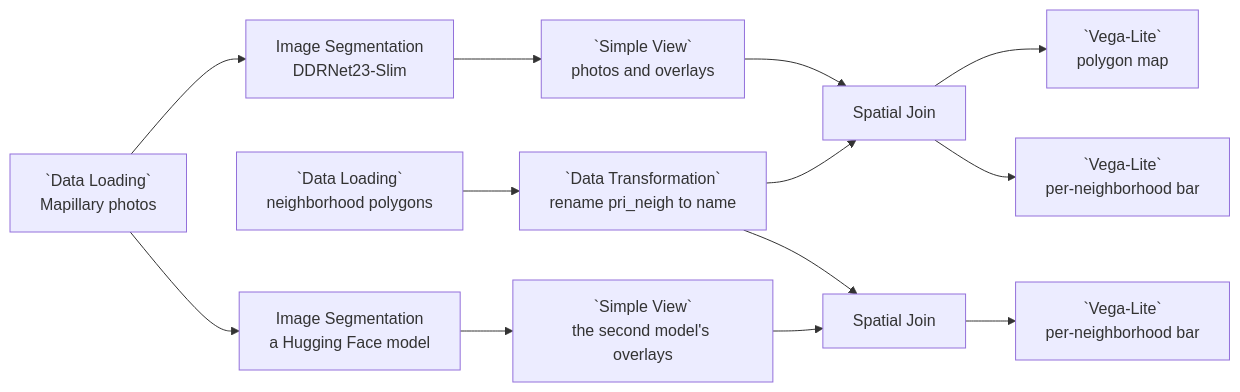
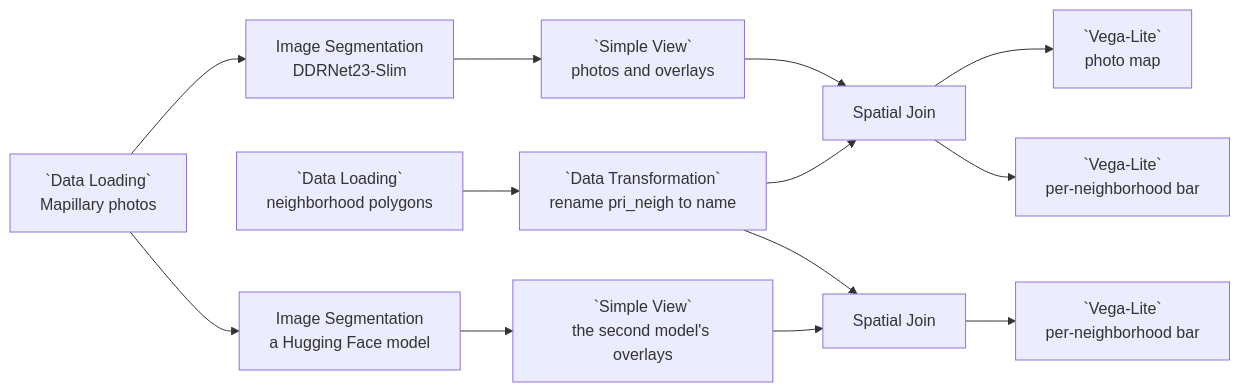
Before and after one commit to urban-toolkit/curio: the diagram in docs/examples/10-street-vision-cv-analysis.md, drawn with Mermaid. The commit also changed other lines of this file and 2 other files, not shown here.

Commit message:
Example 10's first chart maps the photos, as it draws them

````diff
--- a/docs/examples/10-street-vision-cv-analysis.md
+++ b/docs/examples/10-street-vision-cv-analysis.md
@@ -13,19 +13,19 @@
 ```mermaid
 flowchart LR
   P[`Data Loading`<br/>Mapillary photos]
   S1[Image Segmentation<br/>DDRNet23-Slim]
   G1[`Simple View`<br/>photos and overlays]
   L[`Data Loading`<br/>neighborhood polygons]
   T[`Data Transformation`<br/>rename pri_neigh to name]
   S2[Image Segmentation<br/>a Hugging Face model]
   G2[`Simple View`<br/>the second model's overlays]
 
   P --> S1 --> G1 --> SJ1[Spatial Join]
   %% Simple View passes its input straight through, so the join sees the same frame.
   L --> T --> SJ1
-  SJ1 --> V1[`Vega-Lite`<br/>polygon map]
+  SJ1 --> V1[`Vega-Lite`<br/>photo map]
   SJ1 --> V2[`Vega-Lite`<br/>per-neighborhood bar]
   P --> S2 --> G2 --> SJ2[Spatial Join]
   T --> SJ2
   SJ2 --> V3[`Vega-Lite`<br/>per-neighborhood bar]
 ```
````
